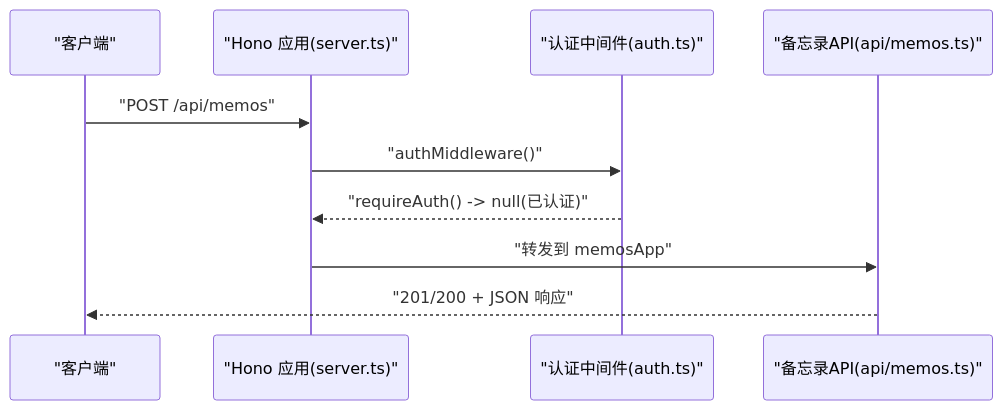
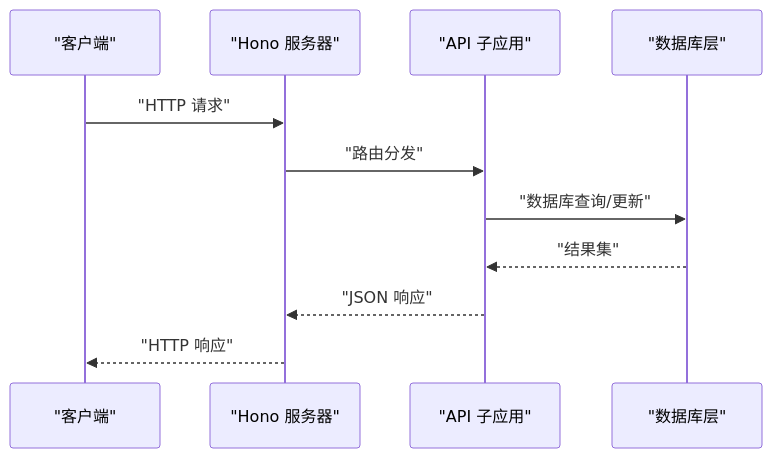
One commit to BlackBoxRecorder/memos changed the third of 9 diagrams in .qoder/repowiki/zh/content/架构设计/架构设计.md. Above: the diagram before and after it, drawn with Mermaid. The commit also changed other lines of this file and 83 other files, not shown here.

````diff
--- a/.qoder/repowiki/zh/content/架构设计/架构设计.md
+++ b/.qoder/repowiki/zh/content/架构设计/架构设计.md
@@ -171,12 +163,13 @@
 ```mermaid
 sequenceDiagram
 participant C as "客户端"
-participant S as "Hono 应用(server.ts)"
-participant M as "认证中间件(auth.ts)"
-participant A as "备忘录API(api/memos.ts)"
-C->>S : "POST /api/memos"
-S->>M : "authMiddleware()"
-M-->>S : "requireAuth() -> null(已认证)"
-S->>A : "转发到 memosApp"
-A-->>C : "201/200 + JSON 响应"
+participant S as "Hono 服务器"
+participant A as "API 子应用"
+participant D as "数据库层"
+C->>S : "HTTP 请求"
+S->>A : "路由分发"
+A->>D : "数据库查询/更新"
+D-->>A : "结果集"
+A-->>S : "JSON 响应"
+S-->>C : "HTTP 响应"
 ```
````
